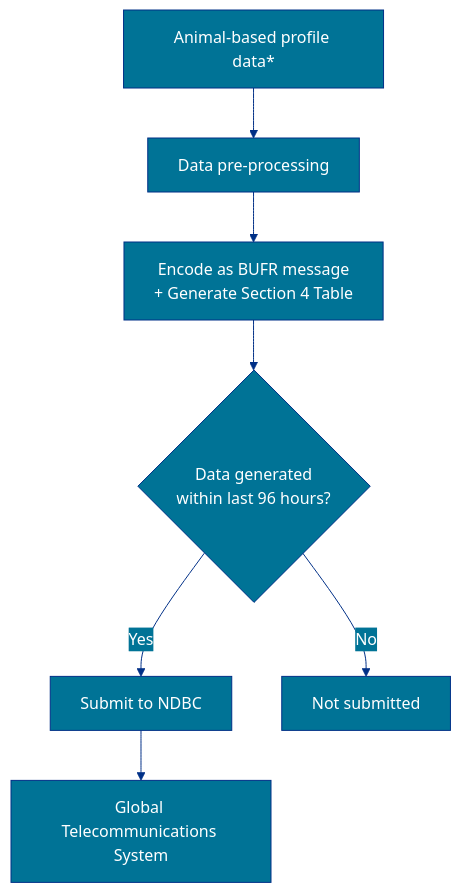
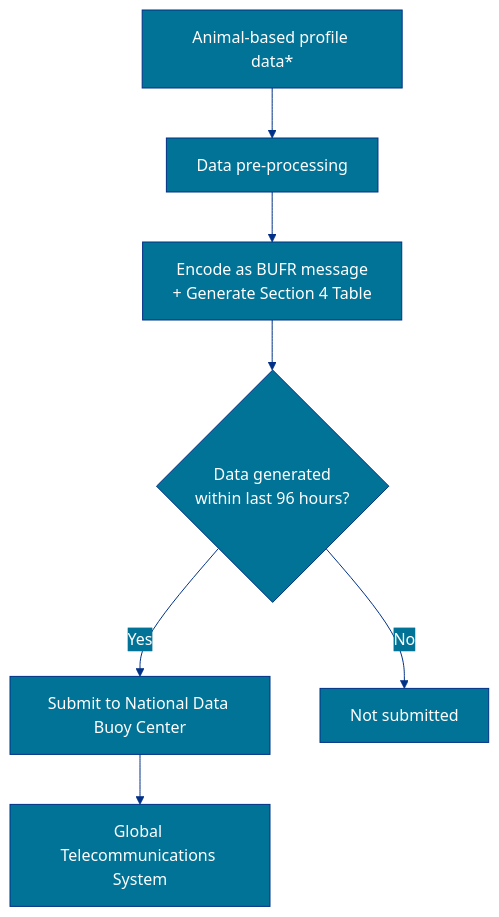
The diagram in _docs/ndbc-gts.md (ioos/ioos-atn-data), drawn with Mermaid before and after one commit.

````diff
--- a/_docs/ndbc-gts.md
+++ b/_docs/ndbc-gts.md
@@ -22,24 +22,24 @@
 ```mermaid
 
 %%{
   init: {
     'theme': 'base',
     'themeVariables': {
       'primaryColor': '#007396',
       'primaryTextColor': '#fff',
       'primaryBorderColor': '#003087',
       'lineColor': '#003087',
       'secondaryColor': '#007396',
       'tertiaryColor': '#CCD1D1'
     }
   }
 }%%
 
 flowchart TD
     A[Animal-based profile data*] --> B[Data pre-processing]
     B --> C[Encode as BUFR message<br/>+ Generate Section 4 Table]
     C --> D{Data generated<br/>within last 96 hours?}
-    D -->|Yes| E[Submit to NDBC]
+    D -->|Yes| E[Submit to National Data Buoy Center]
     D -->|No| F[Not submitted]
     E --> G[Global Telecommunications System]
 ```
````
